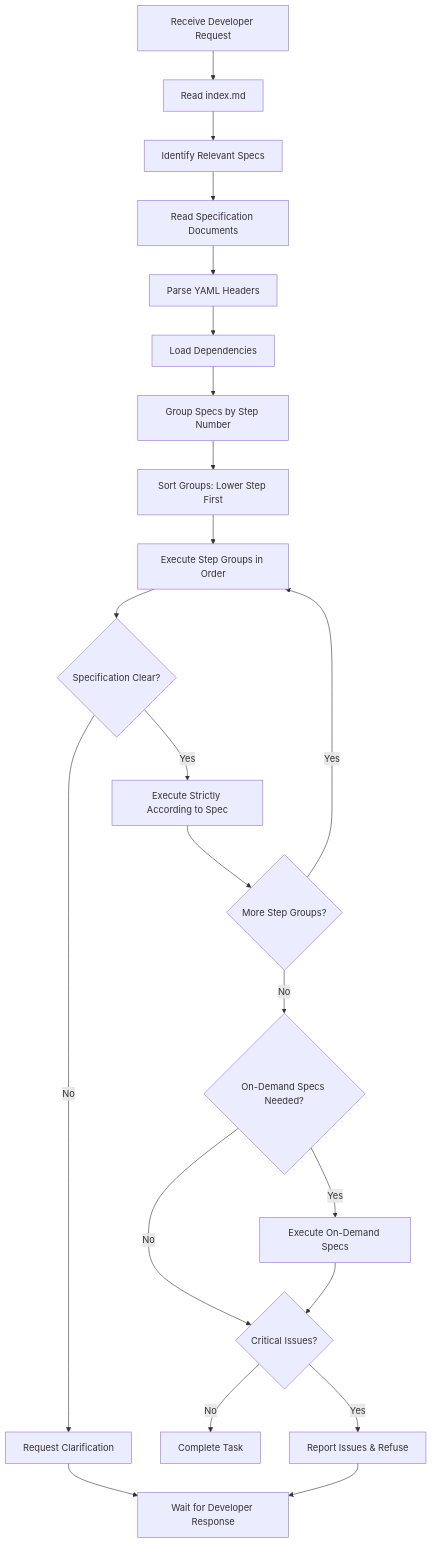
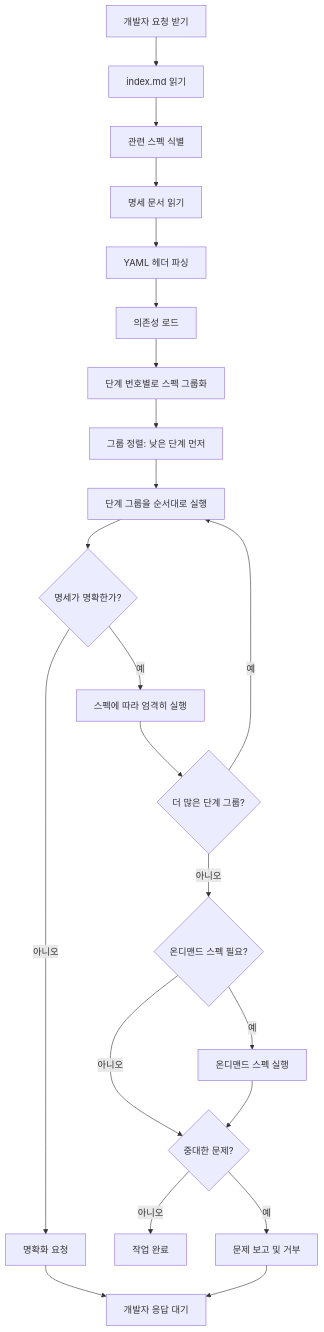
Before and after one commit to thruthesky/sedai: the diagram in sedai-homepage/specs/instructions.md, drawn with Mermaid. The commit also changed other lines of this file and 4 other files, not shown here.

First line of the commit message:
feat: Add SEDAI repository implementation and Firebase database schema specifications

````diff
--- a/sedai-homepage/specs/instructions.md
+++ b/sedai-homepage/specs/instructions.md
@@ -165,24 +165,24 @@
 ```mermaid
 graph TD
-    A[Receive Developer Request] --> B[Read index.md]
-    B --> C[Identify Relevant Specs]
-    C --> D[Read Specification Documents]
-    D --> E[Parse YAML Headers]
-    E --> F[Load Dependencies]
-    F --> G[Group Specs by Step Number]
-    G --> H[Sort Groups: Lower Step First]
-    H --> I[Execute Step Groups in Order]
-    I --> J{Specification Clear?}
-    J -->|Yes| K[Execute Strictly According to Spec]
-    J -->|No| L[Request Clarification]
-    K --> M{More Step Groups?}
-    M -->|Yes| I
-    M -->|No| N{On-Demand Specs Needed?}
-    N -->|Yes| O[Execute On-Demand Specs]
-    N -->|No| P{Critical Issues?}
+    A[개발자 요청 받기] --> B[index.md 읽기]
+    B --> C[관련 스펙 식별]
+    C --> D[명세 문서 읽기]
+    D --> E[YAML 헤더 파싱]
+    E --> F[의존성 로드]
+    F --> G[단계 번호별로 스펙 그룹화]
+    G --> H[그룹 정렬: 낮은 단계 먼저]
+    H --> I[단계 그룹을 순서대로 실행]
+    I --> J{명세가 명확한가?}
+    J -->|예| K[스펙에 따라 엄격히 실행]
+    J -->|아니오| L[명확화 요청]
+    K --> M{더 많은 단계 그룹?}
+    M -->|예| I
+    M -->|아니오| N{온디맨드 스펙 필요?}
+    N -->|예| O[온디맨드 스펙 실행]
+    N -->|아니오| P{중대한 문제?}
     O --> P
-    P -->|No| Q[Complete Task]
-    P -->|Yes| R[Report Issues & Refuse]
-    L --> S[Wait for Developer Response]
+    P -->|아니오| Q[작업 완료]
+    P -->|예| R[문제 보고 및 거부]
+    L --> S[개발자 응답 대기]
     R --> S
 ```
````
